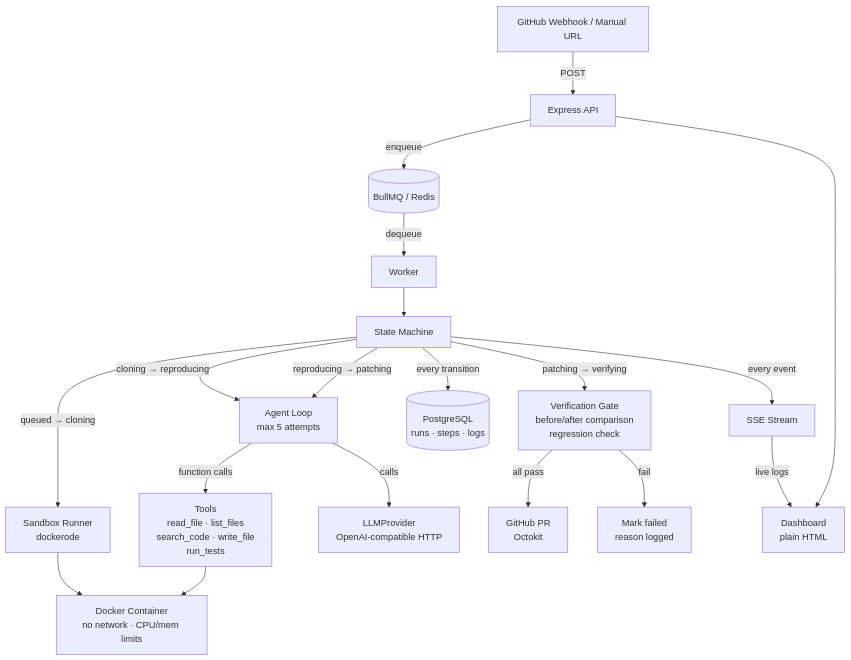
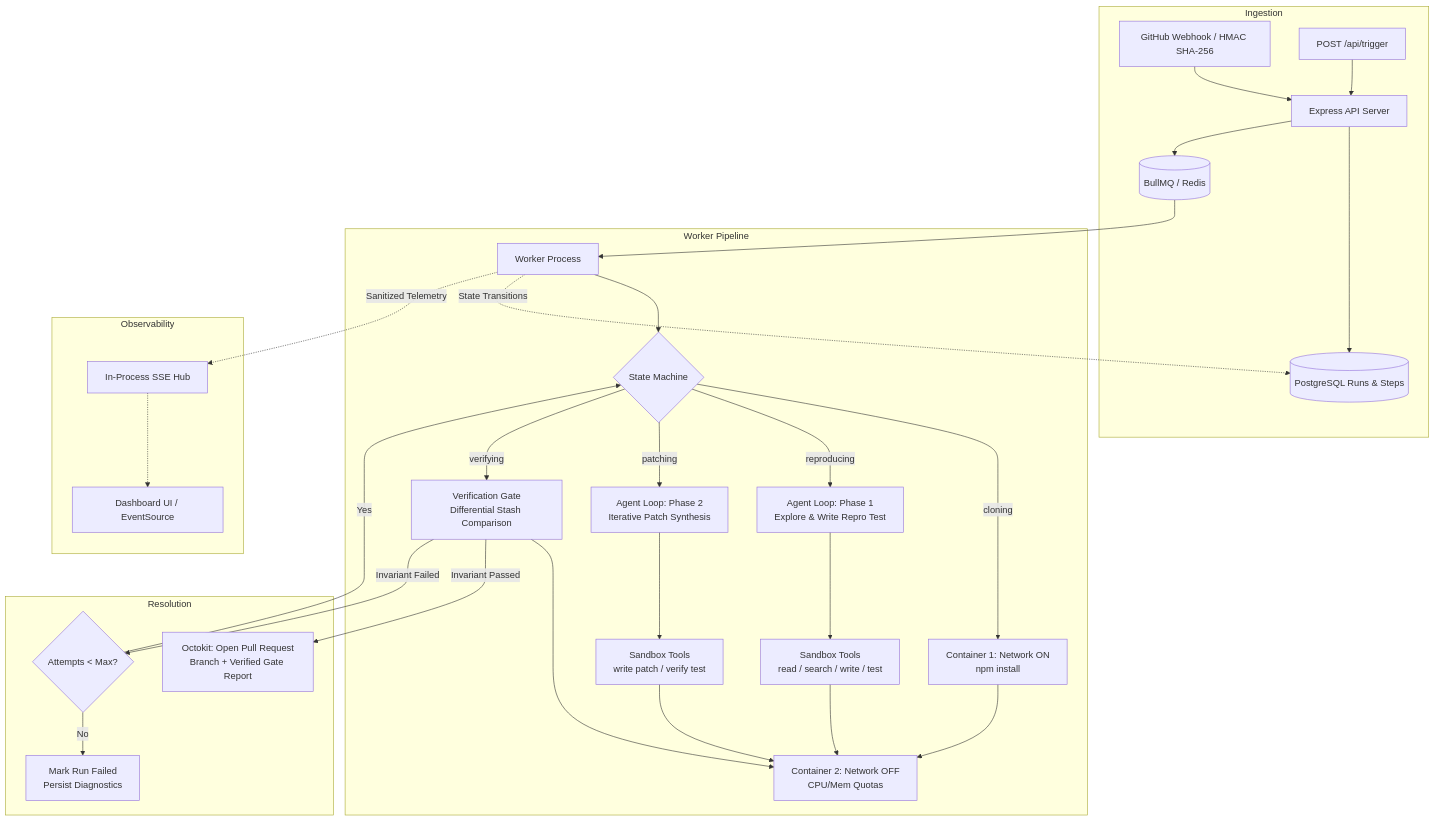
Before and after one commit to MidunP/Patchproof: the diagram in README.md, drawn with Mermaid. The commit also changed other lines of this file, not shown here.

````diff
--- a/README.md
+++ b/README.md
@@ -11,23 +28,41 @@
 ```mermaid
 flowchart TD
-    GH[GitHub Webhook / Manual URL] -->|POST| API[Express API]
-    API -->|enqueue| Q[(BullMQ / Redis)]
-    Q -->|dequeue| W[Worker]
+    subgraph Ingestion
+        WH[GitHub Webhook / HMAC SHA-256] --> API[Express API Server]
+        URL[POST /api/trigger] --> API
+        API --> DB[(PostgreSQL Runs & Steps)]
+        API --> Q[(BullMQ / Redis)]
+    end
 
-    W --> SM[State Machine]
-    SM -->|queued → cloning| SB[Sandbox Runner\ndockerode]
-    SB --> CONT[Docker Container\nno network · CPU/mem limits]
-    SM -->|cloning → reproducing| AG[Agent Loop\nmax 5 attempts]
-    AG -->|function calls| TOOLS[Tools\nread_file · list_files\nsearch_code · write_file\nrun_tests]
-    TOOLS --> CONT
-    AG -->|calls| LLM[LLMProvider\nOpenAI-compatible HTTP]
-    SM -->|reproducing → patching| AG
-    SM -->|patching → verifying| VG[Verification Gate\nbefore/after comparison\nregression check]
-    VG -->|all pass| PR[GitHub PR\nOctokit]
-    VG -->|fail| FAIL[Mark failed\nreason logged]
+    subgraph Worker Pipeline
+        Q --> W[Worker Process]
+        W --> SM{State Machine}
+        
+        SM -->|cloning| SB1[Container 1: Network ON\nnpm install]
+        SB1 --> SB2[Container 2: Network OFF\nCPU/Mem Quotas]
+        
+        SM -->|reproducing| AG1[Agent Loop: Phase 1\nExplore & Write Repro Test]
+        AG1 --> TOOLS1[Sandbox Tools\nread / search / write / test]
+        TOOLS1 --> SB2
+        
+        SM -->|patching| AG2[Agent Loop: Phase 2\nIterative Patch Synthesis]
+        AG2 --> TOOLS2[Sandbox Tools\nwrite patch / verify test]
+        TOOLS2 --> SB2
+        
+        SM -->|verifying| VG[Verification Gate\nDifferential Stash Comparison]
+        VG --> SB2
+    end
 
-    SM -->|every transition| PG[(PostgreSQL\nruns · steps · logs)]
-    SM -->|every event| SSE[SSE Stream]
-    SSE -->|live logs| DASH[Dashboard\nplain HTML]
-    API --> DASH
+    subgraph Resolution
+        VG -->|Invariant Passed| PR[Octokit: Open Pull Request\nBranch + Verified Gate Report]
+        VG -->|Invariant Failed| RETRY{Attempts < Max?}
+        RETRY -->|Yes| SM
+        RETRY -->|No| FAIL[Mark Run Failed\nPersist Diagnostics]
+    end
+
+    subgraph Observability
+        W -.->|State Transitions| DB
+        W -.->|Sanitized Telemetry| SSE[In-Process SSE Hub]
+        SSE -.-> DASH[Dashboard UI / EventSource]
+    end
 ```
````
